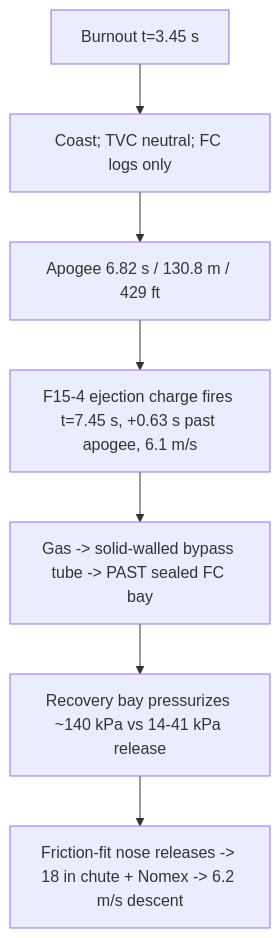
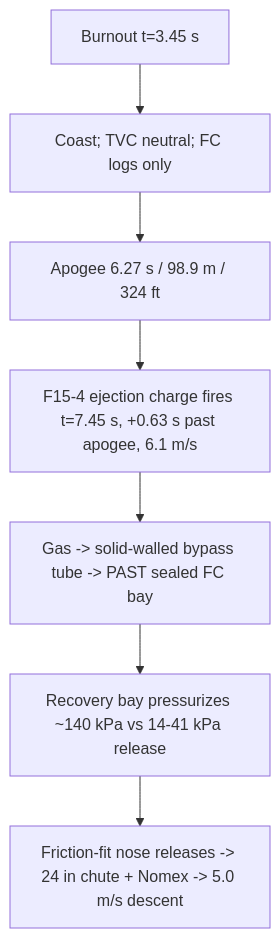
Before and after one commit to swaroopsahoo4908/WYVERN-E: the diagram in Flight Computer/flowcharts/03_recovery_logic.mermaid, drawn with Mermaid. The commit also changed 240 other files, not shown here.

```diff
--- a/Flight Computer/flowcharts/03_recovery_logic.mermaid
+++ b/Flight Computer/flowcharts/03_recovery_logic.mermaid
@@ -1,9 +1,9 @@
 %% WYVERN-E — MOTOR-ejection recovery via bypass tube (no CO2, no pyro bay, no FC actuation)
 %% Regenerated 2026-08 against we4_flightsim.py + we4_ejection_feasibility.py.
 flowchart TD
     B[Burnout t=3.45 s] --> C[Coast; TVC neutral; FC logs only]
-    C --> A[Apogee 6.82 s / 130.8 m / 429 ft]
+    C --> A[Apogee 6.27 s / 98.9 m / 324 ft]
     A --> E[F15-4 ejection charge fires t=7.45 s, +0.63 s past apogee, 6.1 m/s]
     E --> TU[Gas -> solid-walled bypass tube -> PAST sealed FC bay]
     TU --> P[Recovery bay pressurizes ~140 kPa vs 14-41 kPa release]
-    P --> N[Friction-fit nose releases -> 18 in chute + Nomex -> 6.2 m/s descent]
+    P --> N[Friction-fit nose releases -> 24 in chute + Nomex -> 5.0 m/s descent]
```
